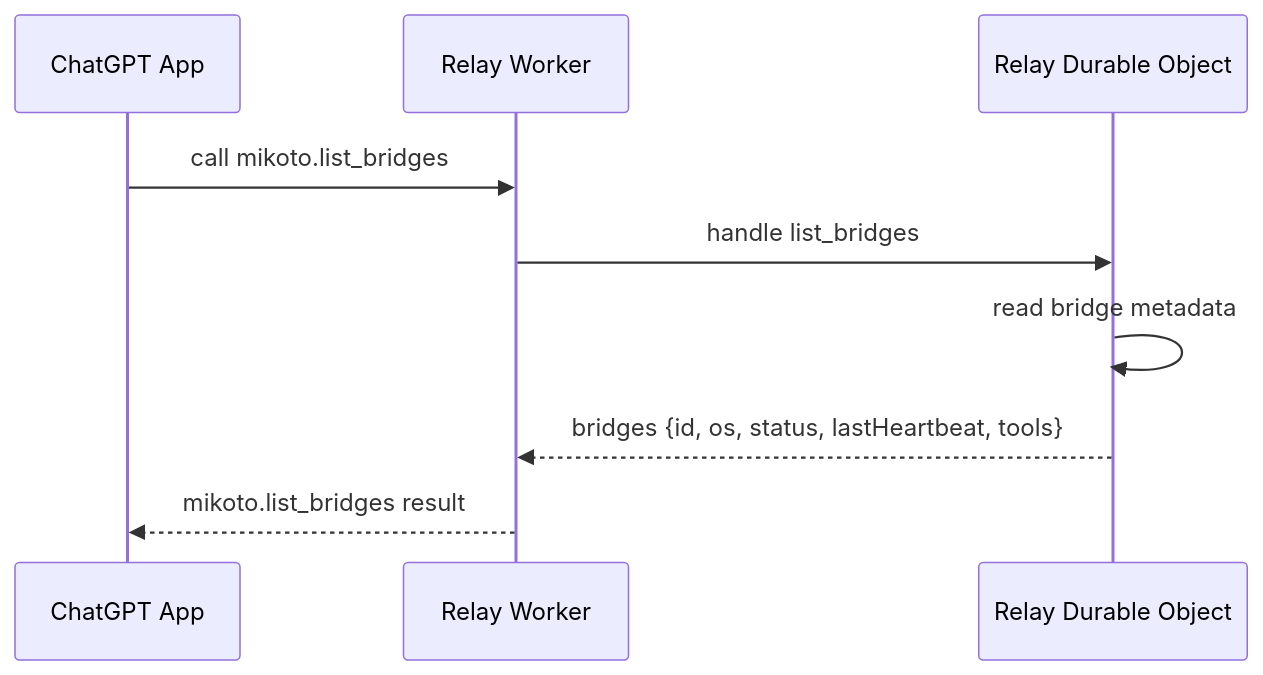
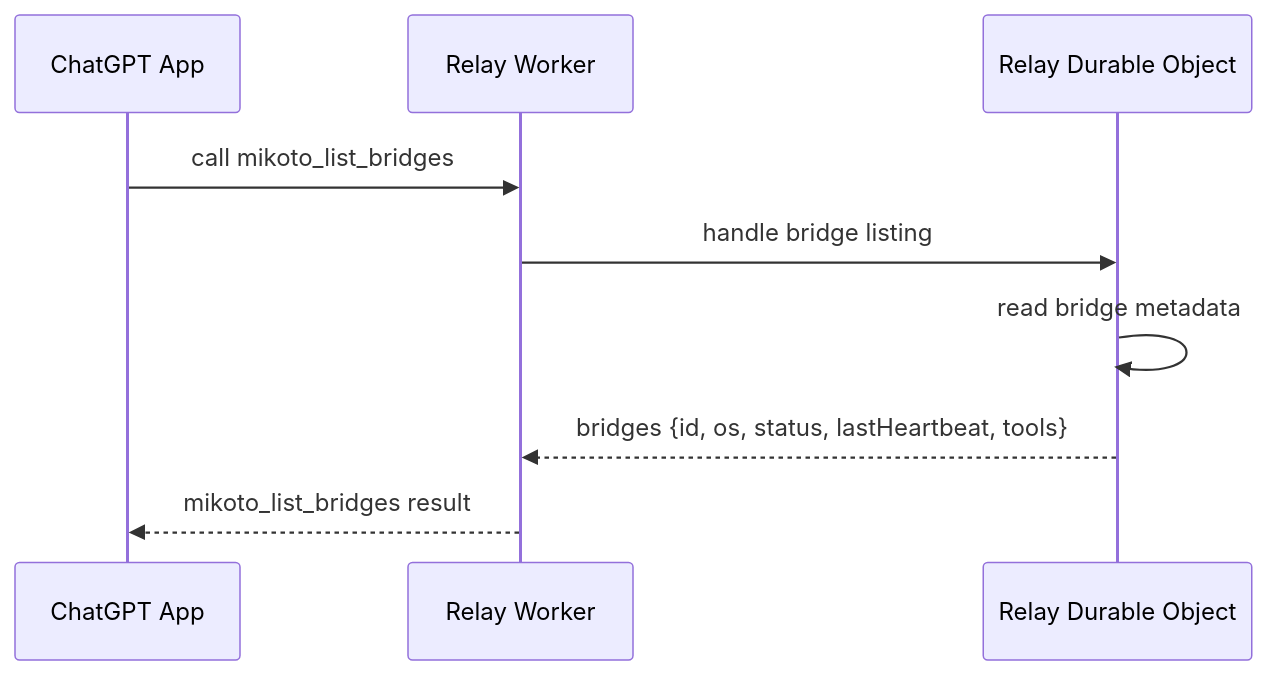
One commit to risu729/mikoto changed the second of 2 diagrams in README.md. Above: the diagram before and after it, drawn with Mermaid. The commit also changed other lines of this file and 3 other files, not shown here.

Commit message:
docs: document local relay bridge flow (#42)

````diff
--- a/README.md
+++ b/README.md
@@ -54,12 +52,12 @@
 ```mermaid
 sequenceDiagram
   participant ChatGPT as ChatGPT App
   participant Worker as Relay Worker
   participant DO as Relay Durable Object
 
-  ChatGPT->>Worker: call mikoto.list_bridges
-  Worker->>DO: handle list_bridges
+  ChatGPT->>Worker: call mikoto_list_bridges
+  Worker->>DO: handle bridge listing
   DO->>DO: read bridge metadata
   DO-->>Worker: bridges {id, os, status, lastHeartbeat, tools}
-  Worker-->>ChatGPT: mikoto.list_bridges result
+  Worker-->>ChatGPT: mikoto_list_bridges result
 ```
````
